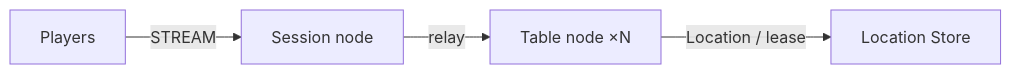
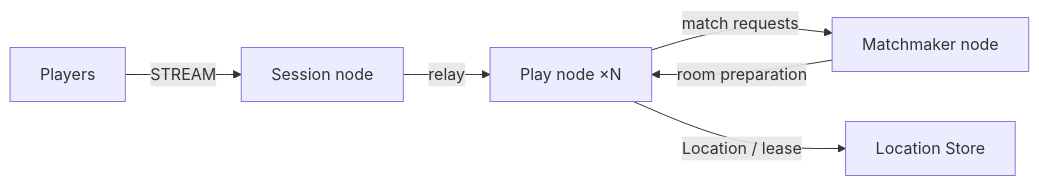
The diagram in framework/languages/java/templates/java/board-tables/my-game/README.md (zlink-systems/zlink), drawn with Mermaid before and after one commit. The commit also changed other lines of this file and 66 other files, not shown here.

````diff
--- a/framework/languages/java/templates/java/board-tables/my-game/README.md
+++ b/framework/languages/java/templates/java/board-tables/my-game/README.md
@@ -5,6 +6,8 @@
 ```mermaid
 flowchart LR
   players[Players] -->|STREAM| session[Session node]
-  session -->|relay| tables[Table node ×N]
+  session -->|relay| tables[Play node ×N]
+  tables -->|match requests| matchmaker[Matchmaker node]
+  matchmaker -->|room preparation| tables
   tables -->|Location / lease| location[Location Store]
 ```
````
